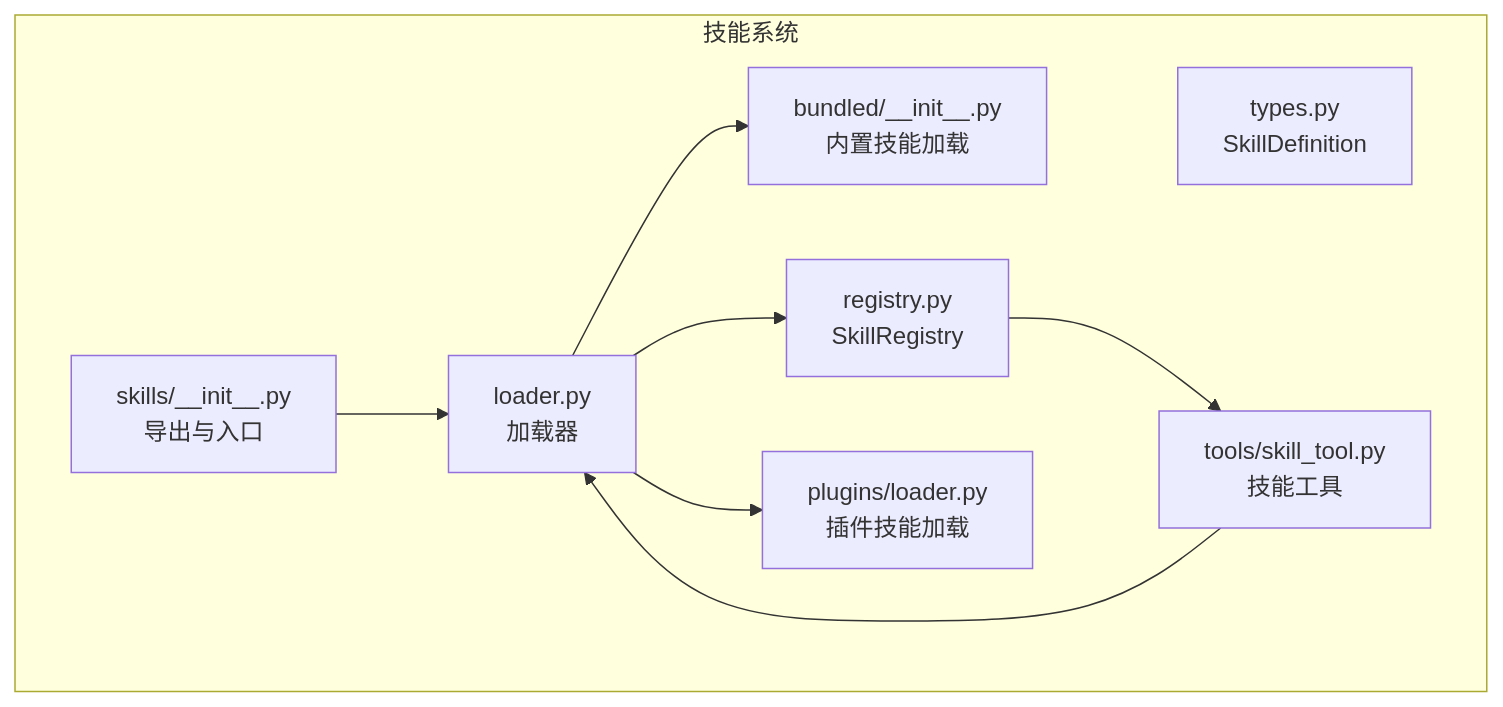
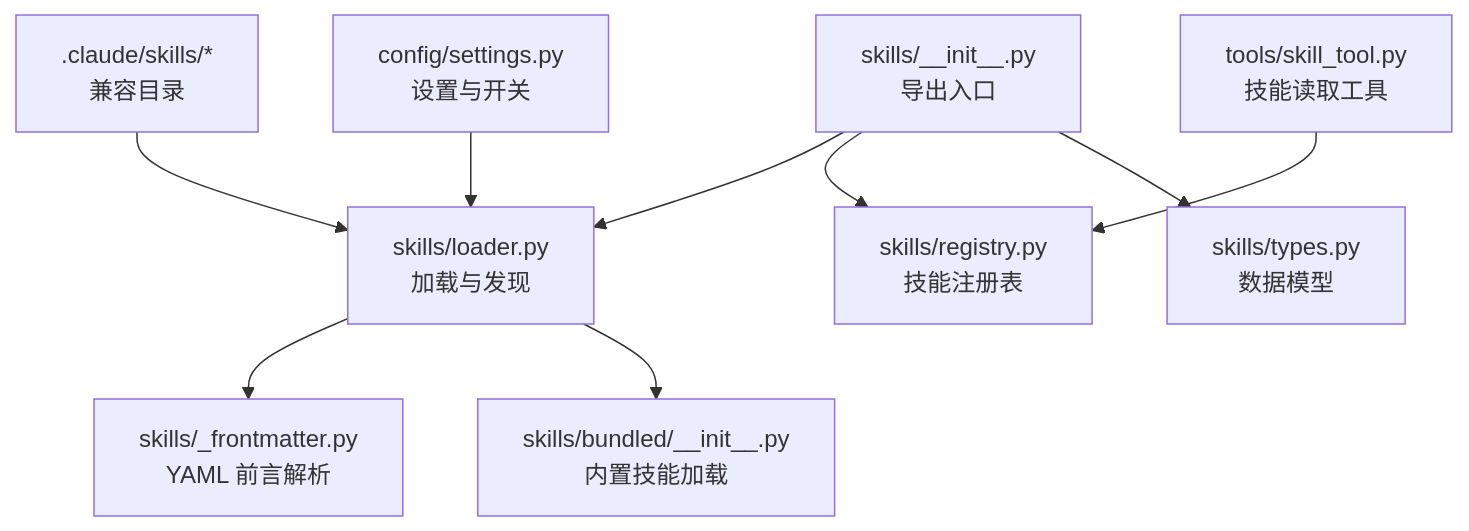
One commit to haolange/OpenHarness changed the first of 6 diagrams in .qoder/repowiki/zh/content/技能系统/技能系统.md. Above: the diagram before and after it, drawn with Mermaid. The commit also changed other lines of this file and 222 other files, not shown here.

````diff
--- a/.qoder/repowiki/zh/content/技能系统/技能系统.md
+++ b/.qoder/repowiki/zh/content/技能系统/技能系统.md
@@ -52,18 +38,11 @@
 ```mermaid
 graph TB
-subgraph "技能系统"
-T["types.py<br/>SkillDefinition"]
-R["registry.py<br/>SkillRegistry"]
-L["loader.py<br/>加载器"]
-B["bundled/__init__.py<br/>内置技能加载"]
-P["plugins/loader.py<br/>插件技能加载"]
-S["skills/__init__.py<br/>导出与入口"]
-U["tools/skill_tool.py<br/>技能工具"]
-end
-S --> L
-L --> B
-L --> R
-L --> P
-U --> L
-R --> U
+A["skills/__init__.py<br/>导出入口"] --> B["skills/loader.py<br/>加载与发现"]
+A --> C["skills/registry.py<br/>技能注册表"]
+A --> D["skills/types.py<br/>数据模型"]
+B --> E["skills/_frontmatter.py<br/>YAML 前言解析"]
+B --> F["skills/bundled/__init__.py<br/>内置技能加载"]
+G["tools/skill_tool.py<br/>技能读取工具"] --> C
+H[".claude/skills/*<br/>兼容目录"] --> B
+I["config/settings.py<br/>设置与开关"] --> B
 ```
````
